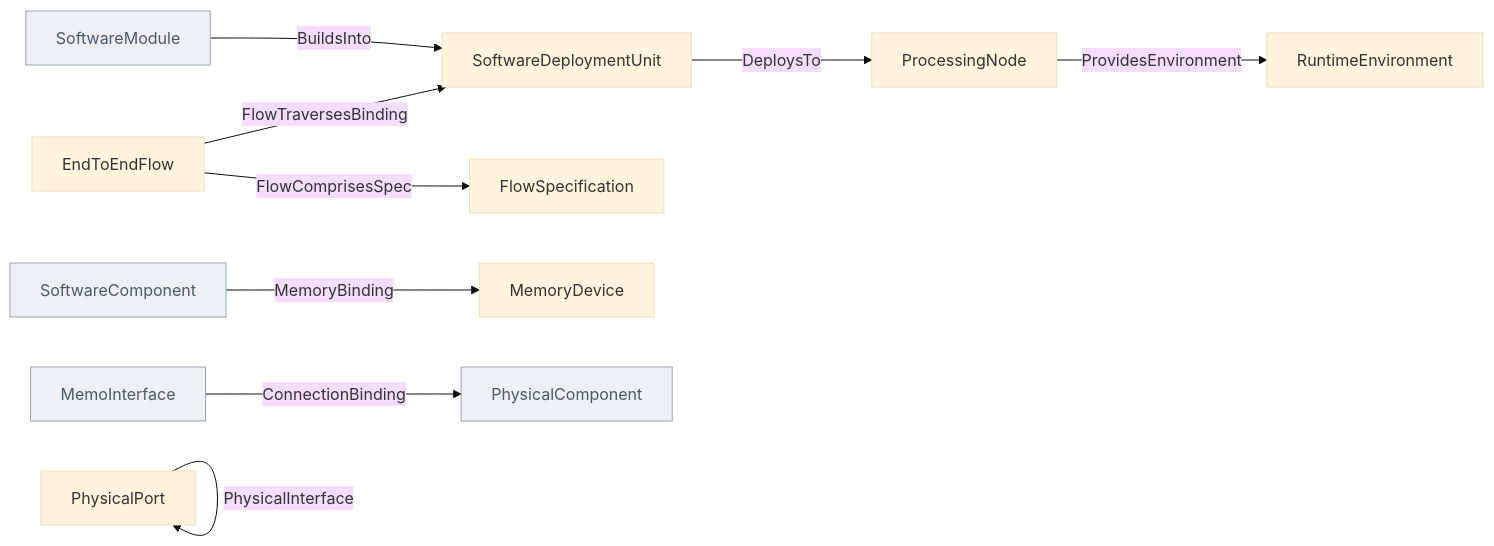
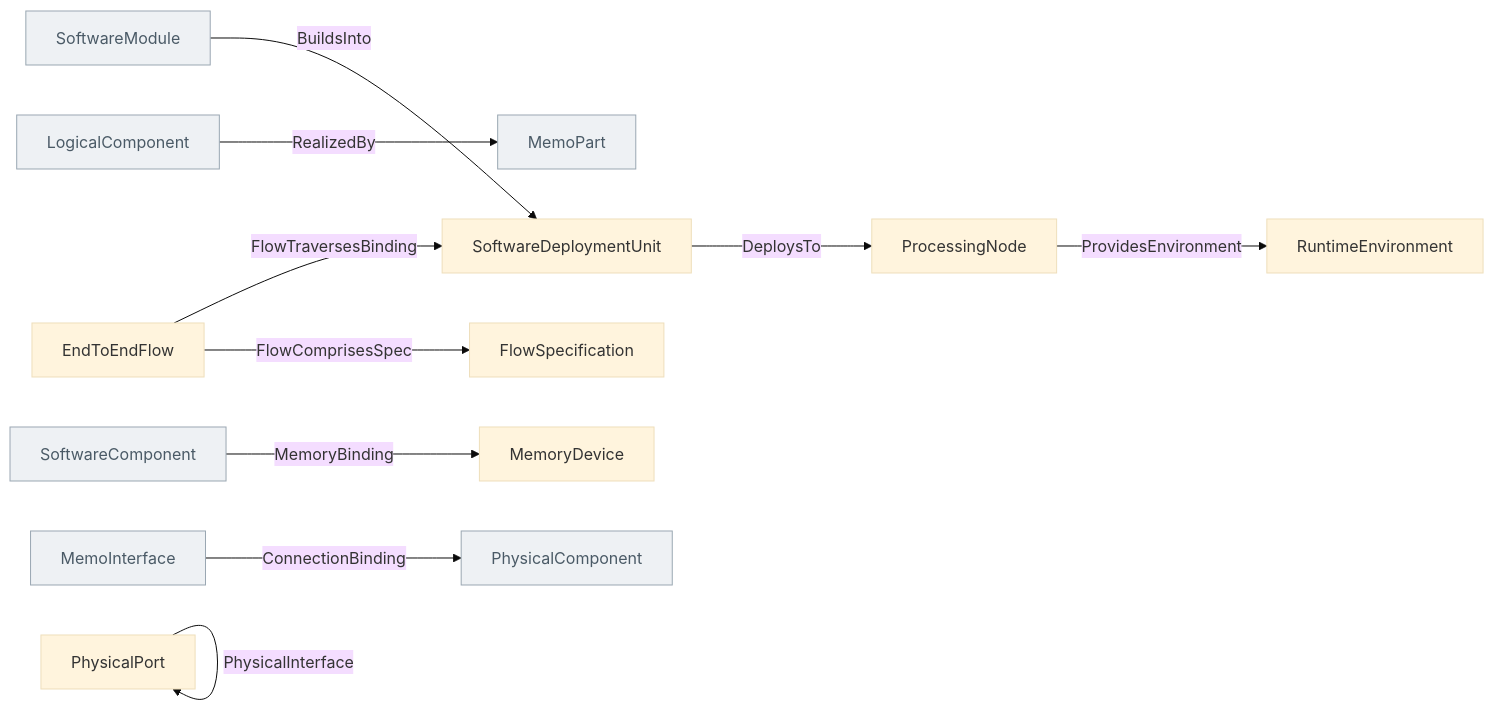
Before and after one commit to memoarchitect/memo: the diagram in docs/ontology/_generated/realization.md, drawn with Mermaid (base theme). The commit also changed other lines of this file and 13 other files, not shown here.

````diff
--- a/docs/ontology/_generated/realization.md
+++ b/docs/ontology/_generated/realization.md
@@ -27,23 +27,26 @@
 ```mermaid
 flowchart LR
   SoftwareModule["SoftwareModule"]:::other
   SoftwareDeploymentUnit["SoftwareDeploymentUnit"]
+  LogicalComponent["LogicalComponent"]:::other
+  MemoPart["MemoPart"]:::other
   ProcessingNode["ProcessingNode"]
   RuntimeEnvironment["RuntimeEnvironment"]
   SoftwareComponent["SoftwareComponent"]:::other
   MemoryDevice["MemoryDevice"]
   MemoInterface["MemoInterface"]:::other
   PhysicalComponent["PhysicalComponent"]:::other
   EndToEndFlow["EndToEndFlow"]
   FlowSpecification["FlowSpecification"]
   PhysicalPort["PhysicalPort"]
   SoftwareModule -->|BuildsInto| SoftwareDeploymentUnit
+  LogicalComponent -->|RealizedBy| MemoPart
   SoftwareDeploymentUnit -->|DeploysTo| ProcessingNode
   ProcessingNode -->|ProvidesEnvironment| RuntimeEnvironment
   SoftwareComponent -->|MemoryBinding| MemoryDevice
   MemoInterface -->|ConnectionBinding| PhysicalComponent
   EndToEndFlow -->|FlowComprisesSpec| FlowSpecification
   EndToEndFlow -->|FlowTraversesBinding| SoftwareDeploymentUnit
   PhysicalPort -->|PhysicalInterface| PhysicalPort
   classDef other fill:#eef1f4,stroke:#9aa7b2,color:#4a5a66
 ```
````
